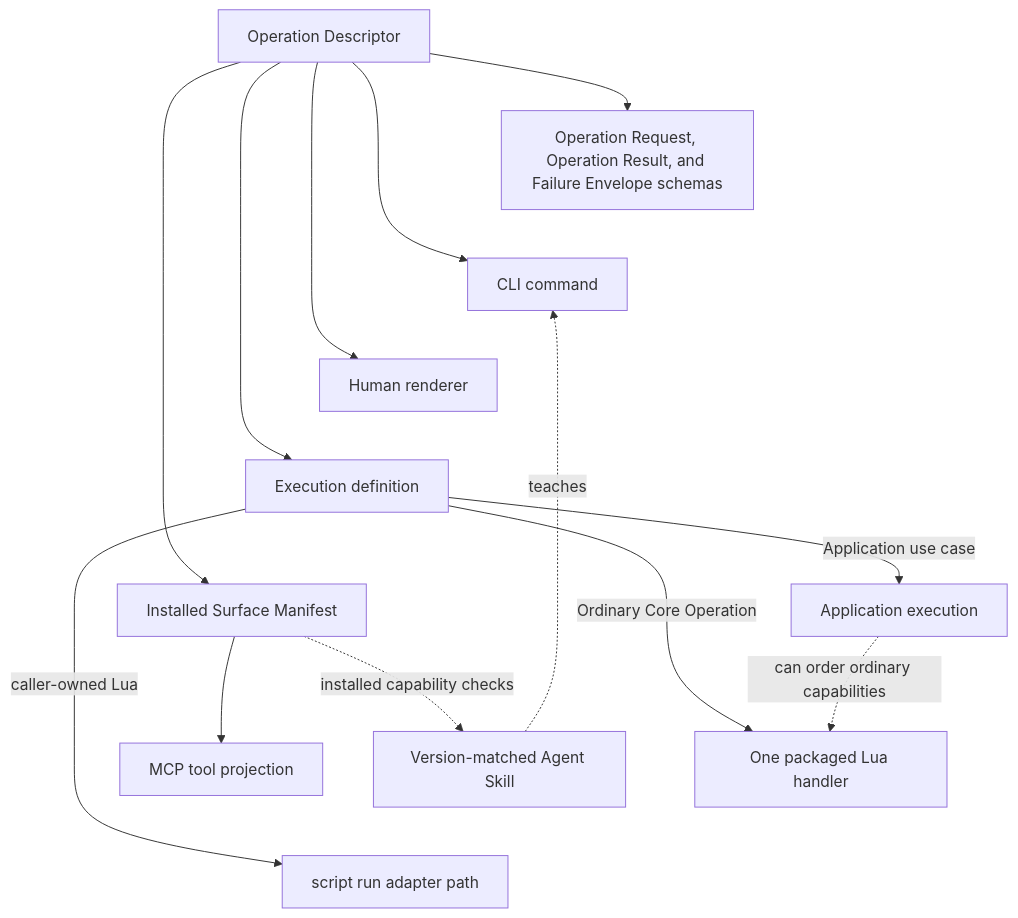
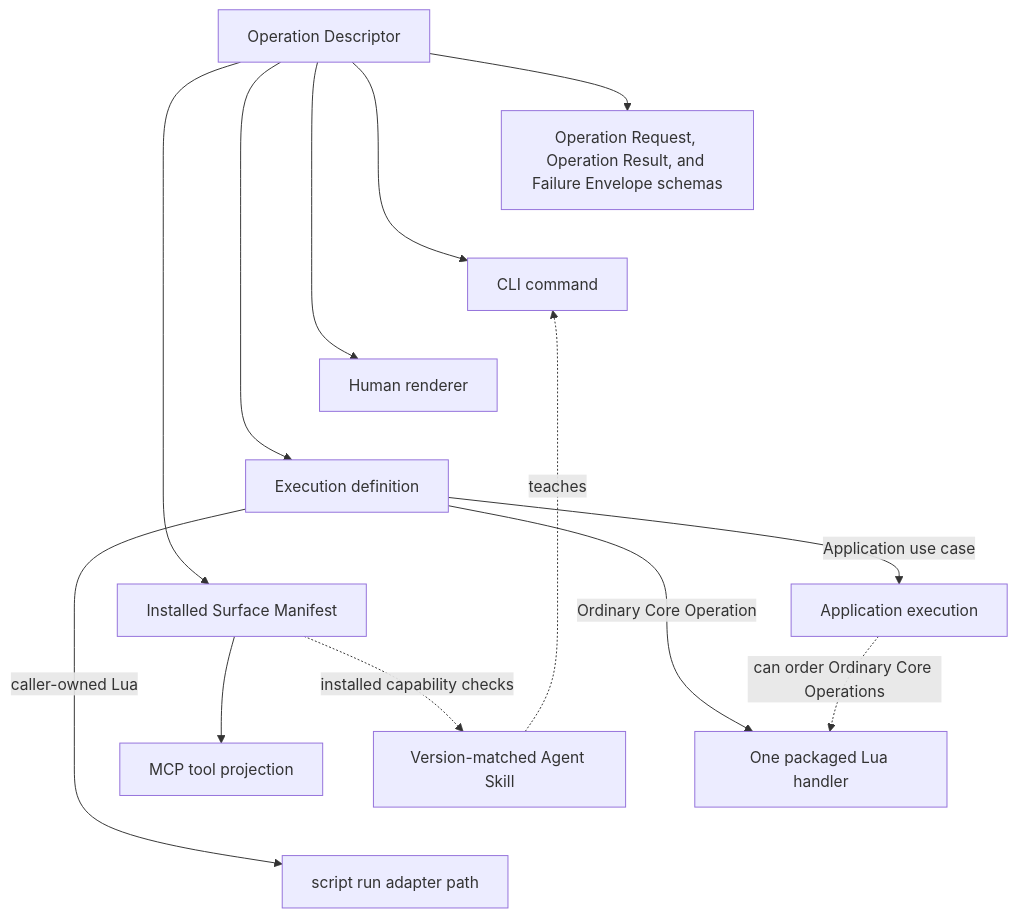
One commit to aigengame/aseprite-automation changed the fifth of 7 diagrams in ARCHITECTURE.md. Above: the diagram before and after it, drawn with Mermaid. The commit also changed other lines of this file and 5 other files, not shown here.

````diff
--- a/ARCHITECTURE.md
+++ b/ARCHITECTURE.md
@@ -324,24 +325,24 @@
 ```mermaid
 flowchart TB
     Descriptor[Operation Descriptor] --> Request[Operation Request, Operation Result, and Failure Envelope schemas]
     Descriptor --> CLICommand[CLI command]
     Descriptor --> Renderer[Human renderer]
     Descriptor --> Execution[Execution definition]
     Descriptor --> Manifest[Installed Surface Manifest]
 
     %% Invisible links stack descriptor facets vertically without changing ownership.
     Request ~~~ CLICommand
     CLICommand ~~~ Renderer
     Renderer ~~~ Execution
     Execution ~~~ Manifest
 
     Execution -->|Ordinary Core Operation| Binding[One packaged Lua handler]
     Execution -->|Application use case| AppPath[Application execution]
-    AppPath -. can order ordinary capabilities .-> Binding
+    AppPath -. can order Ordinary Core Operations .-> Binding
     Execution -->|caller-owned Lua| ScriptPath[script run adapter path]
     AppPath ~~~ Binding
     Binding ~~~ ScriptPath
     Manifest --> MCPTool[MCP tool projection]
     SkillDocs[Version-matched Agent Skill] -. teaches .-> CLICommand
     Manifest -. installed capability checks .-> SkillDocs
 ```
````
